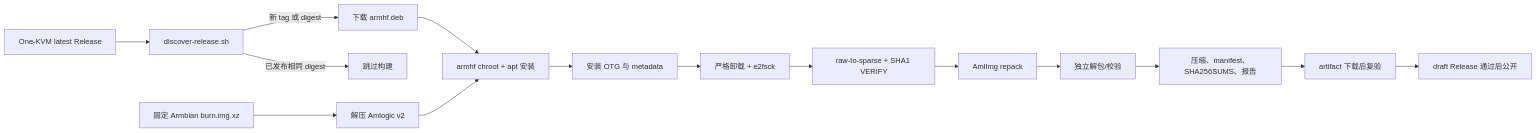
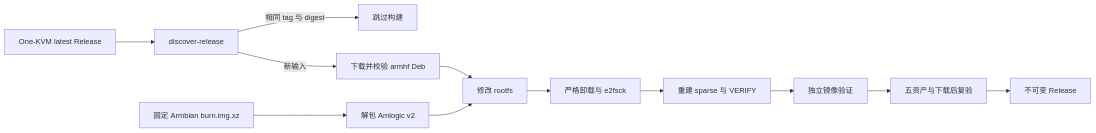
The first of 2 diagrams in docs/architecture.md (wuhao1477/ws1608-one-kvm-builder), drawn with Mermaid before and after one commit. The commit also changed other lines of this file and 6 other files, not shown here.

Commit message:
docs(architecture): 更新六点一二候选架构

````diff
--- a/docs/architecture.md
+++ b/docs/architecture.md
@@ -27,17 +26,14 @@
 ```mermaid
 flowchart LR
-  A[One-KVM latest Release] --> B[discover-release.sh]
-  B -->|新 tag 或 digest| C[下载 armhf.deb]
-  B -->|已发布相同 digest| S[跳过构建]
-  D[固定 Armbian burn.img.xz] --> E[解压 Amlogic v2]
-  C --> F[armhf chroot + apt 安装]
+  A[One-KVM latest Release] --> B[discover-release]
+  B -->|相同 tag 与 digest| S[跳过构建]
+  B -->|新输入| C[下载并校验 armhf Deb]
+  D[固定 Armbian burn.img.xz] --> E[解包 Amlogic v2]
+  C --> F[修改 rootfs]
   E --> F
-  F --> G[安装 OTG 与 metadata]
-  G --> H[严格卸载 + e2fsck]
-  H --> I[raw-to-sparse + SHA1 VERIFY]
-  I --> J[AmlImg repack]
-  J --> K[独立解包/校验]
-  K --> M[压缩、manifest、SHA256SUMS、报告]
-  M --> N[artifact 下载后复验]
-  N --> L[draft Release 通过后公开]
+  F --> G[严格卸载与 e2fsck]
+  G --> H[重建 sparse 与 VERIFY]
+  H --> I[独立镜像验证]
+  I --> J[五资产与下载后复验]
+  J --> K[不可变 Release]
 ```
````
